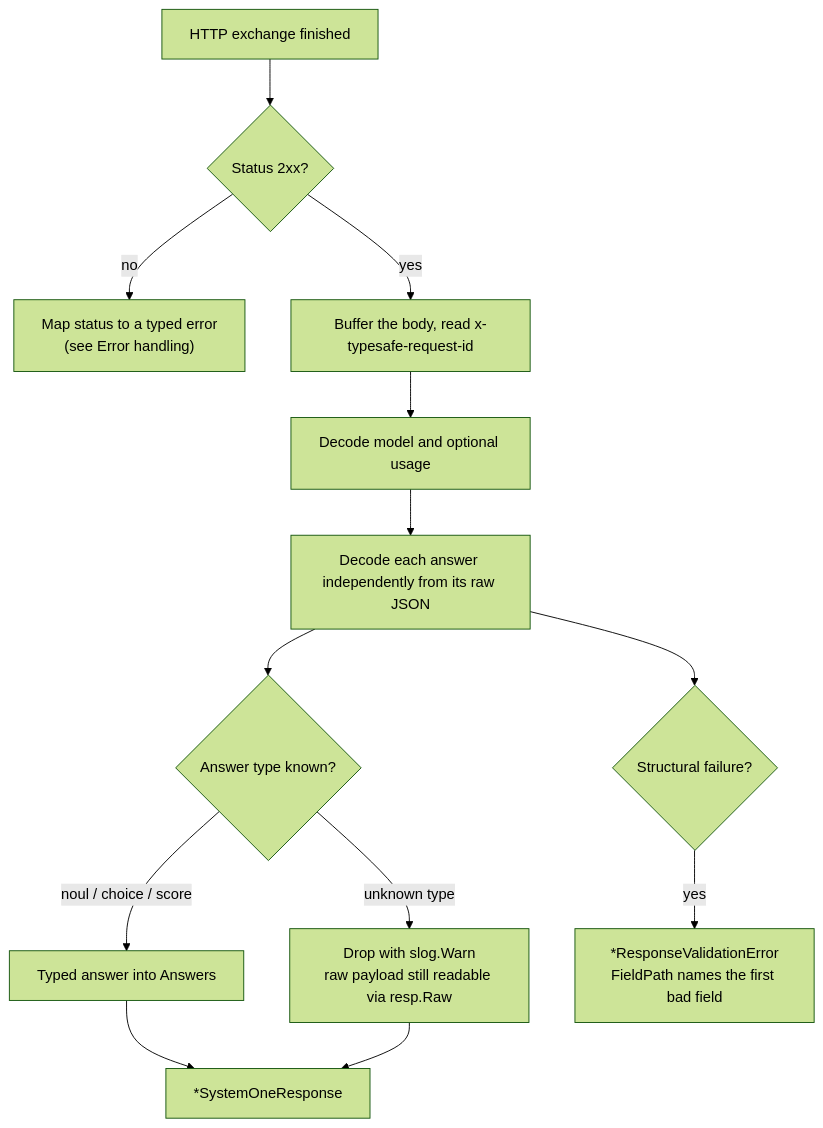
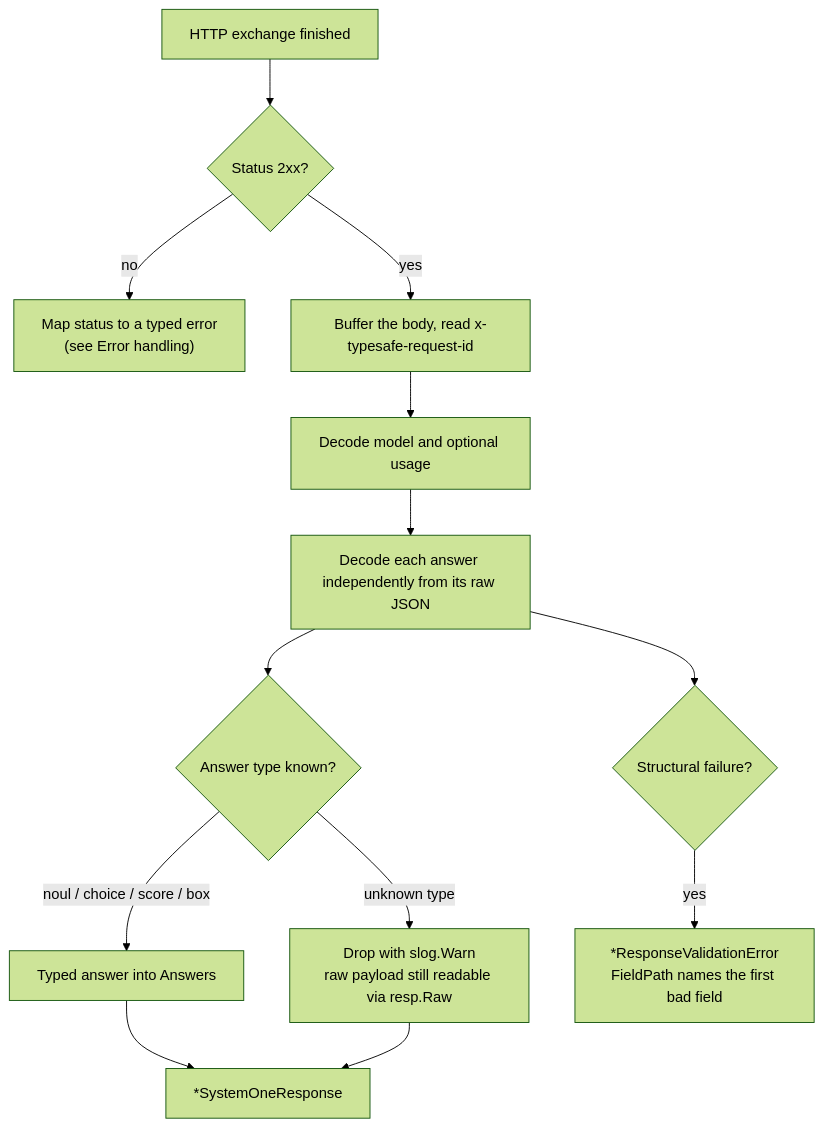
Before and after one commit to captain-corgi/typesafe-sdk-go: the second of 2 diagrams in docs/responses.md, drawn with Mermaid (forest theme). The commit also changed other lines of this file and 41 other files, not shown here.

````diff
--- a/docs/responses.md
+++ b/docs/responses.md
@@ -77,15 +96,15 @@
 ```mermaid
 flowchart TB
     d0["HTTP exchange finished"] --> d1{"Status 2xx?"}
     d1 -->|no| x1["Map status to a typed error<br>(see Error handling)"]
     d1 -->|yes| d2["Buffer the body, read x-typesafe-request-id"]
     d2 --> d3["Decode model and optional usage"]
     d3 --> d4["Decode each answer independently from its raw JSON"]
     d4 --> d5{"Answer type known?"}
-    d5 -->|noul / choice / score| d6["Typed answer into Answers"]
+    d5 -->|noul / choice / score / box| d6["Typed answer into Answers"]
     d5 -->|unknown type| d7["Drop with slog.Warn<br>raw payload still readable via resp.Raw"]
     d4 --> d8{"Structural failure?"}
     d8 -->|yes| x2["*ResponseValidationError<br>FieldPath names the first bad field"]
     d6 --> ok["*SystemOneResponse"]
     d7 --> ok
 ```
````
